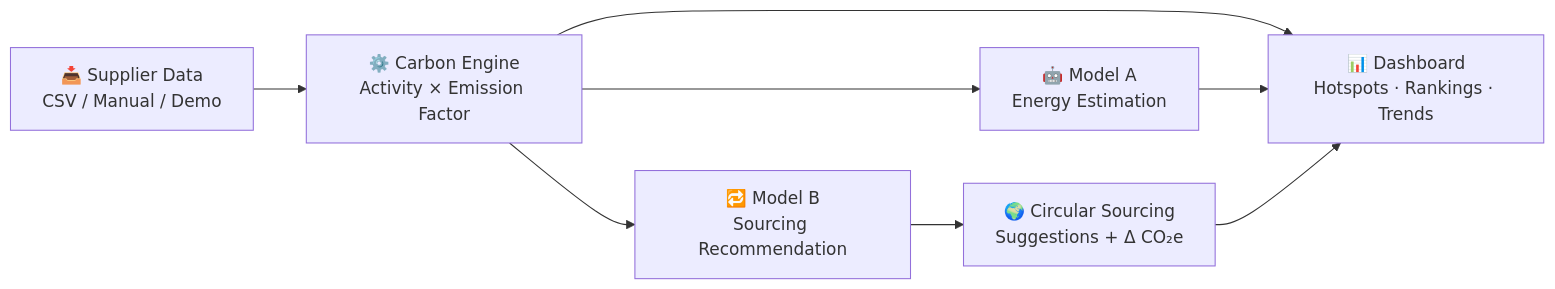
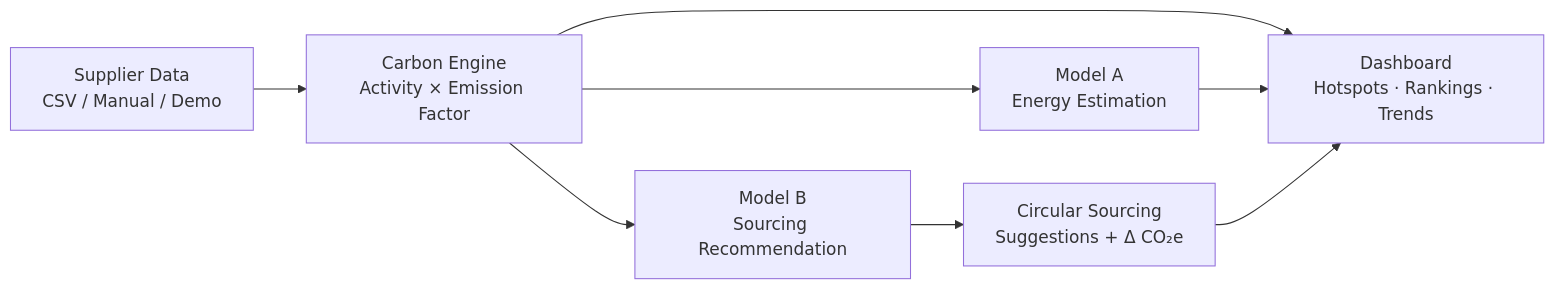
The first of 2 diagrams in README.md (PalashKulkarni/Carbonix-Hackout), drawn with Mermaid before and after one commit. The commit also changed other lines of this file, not shown here.

````diff
--- a/README.md
+++ b/README.md
@@ -81,10 +81,10 @@
 ```mermaid
 flowchart LR
-    A[📥 Supplier Data\nCSV / Manual / Demo] --> B[⚙️ Carbon Engine\nActivity × Emission Factor]
-    B --> C[📊 Dashboard\nHotspots · Rankings · Trends]
-    B --> D[🤖 Model A\nEnergy Estimation]
-    B --> E[🔁 Model B\nSourcing Recommendation]
+    A[ Supplier Data\nCSV / Manual / Demo] --> B[ Carbon Engine\nActivity × Emission Factor]
+    B --> C[ Dashboard\nHotspots · Rankings · Trends]
+    B --> D[ Model A\nEnergy Estimation]
+    B --> E[ Model B\nSourcing Recommendation]
     D --> C
-    E --> F[🌍 Circular Sourcing\nSuggestions + Δ CO₂e]
+    E --> F[ Circular Sourcing\nSuggestions + Δ CO₂e]
     F --> C
 ```
````
